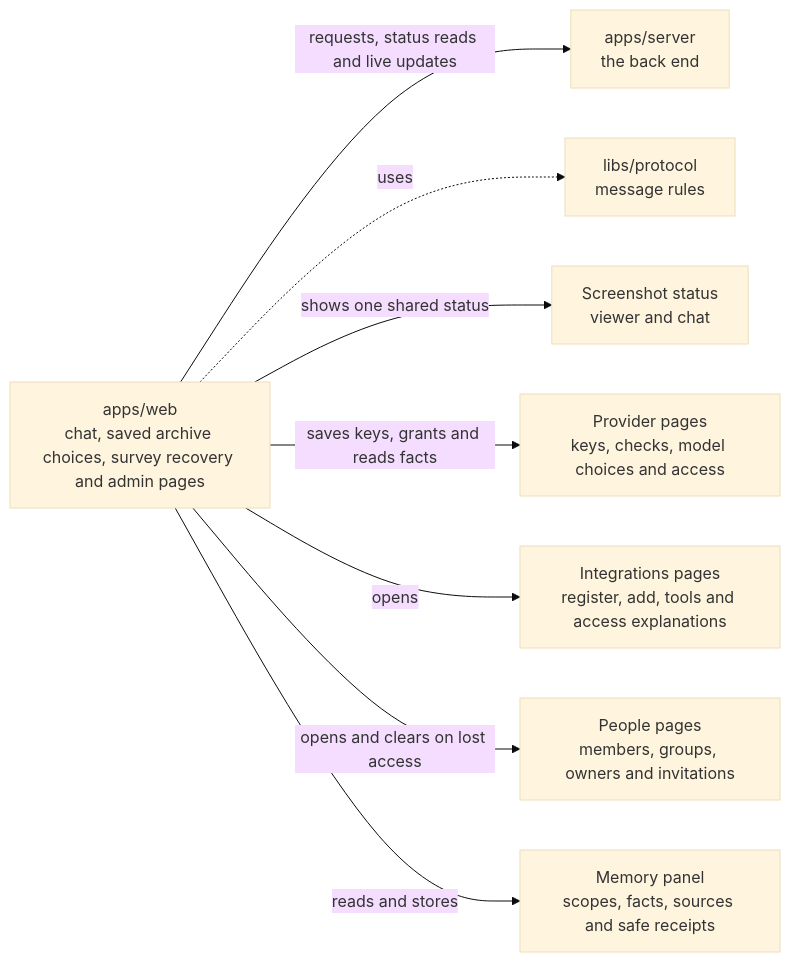
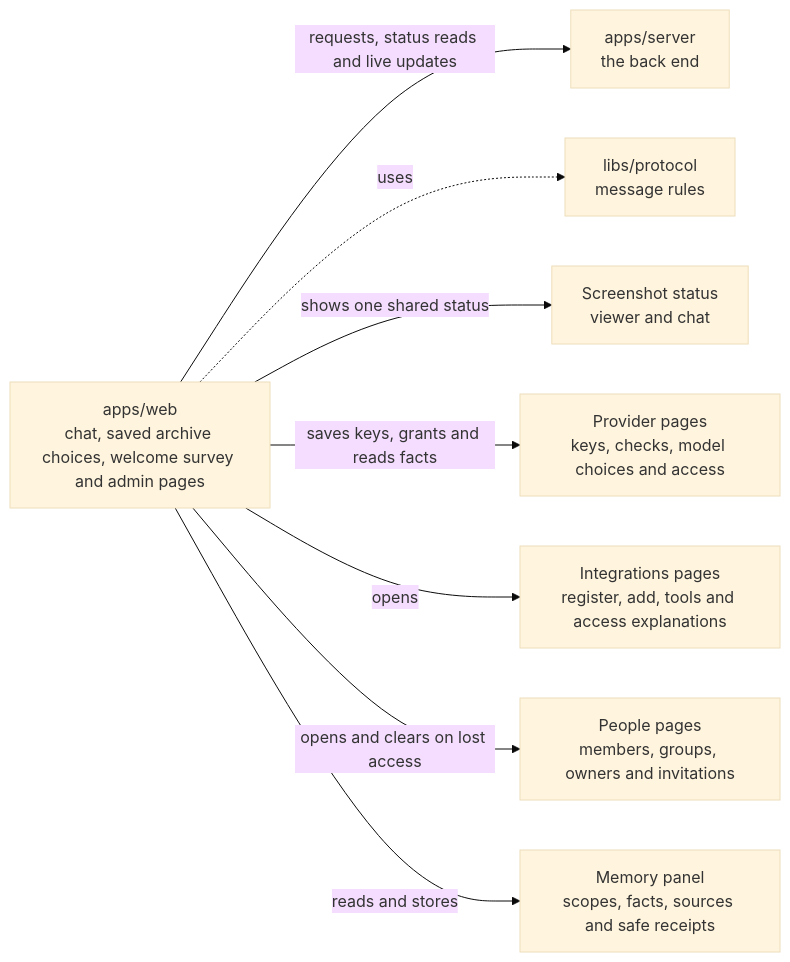
Before and after one commit to elewa-git/opencrane-new: the diagram in apps/web/README.md, drawn with Mermaid (base theme). The commit also changed other lines of this file and 27 other files, not shown here.

Commit message:
👋 Members can describe their work in the welcome survey

````diff
--- a/apps/web/README.md
+++ b/apps/web/README.md
@@ -11,10 +11,10 @@
 ```mermaid
 flowchart LR
-  web["apps/web<br/>chat, saved archive choices, survey recovery and admin pages"] -->|requests, status reads and live updates| server["apps/server<br/>the back end"]
+  web["apps/web<br/>chat, saved archive choices, welcome survey and admin pages"] -->|requests, status reads and live updates| server["apps/server<br/>the back end"]
   web -.->|uses| protocol["libs/protocol<br/>message rules"]
   web -->|shows one shared status| capture["Screenshot status<br/>viewer and chat"]
   web -->|saves keys, grants and reads facts| providers["Provider pages<br/>keys, checks, model choices and access"]
   web -->|opens| integrations["Integrations pages<br/>register, add, tools and access explanations"]
   web -->|opens and clears on lost access| people["People pages<br/>members, groups, owners and invitations"]
   web -->|reads and stores| memory["Memory panel<br/>scopes, facts, sources and safe receipts"]
 ```
````
